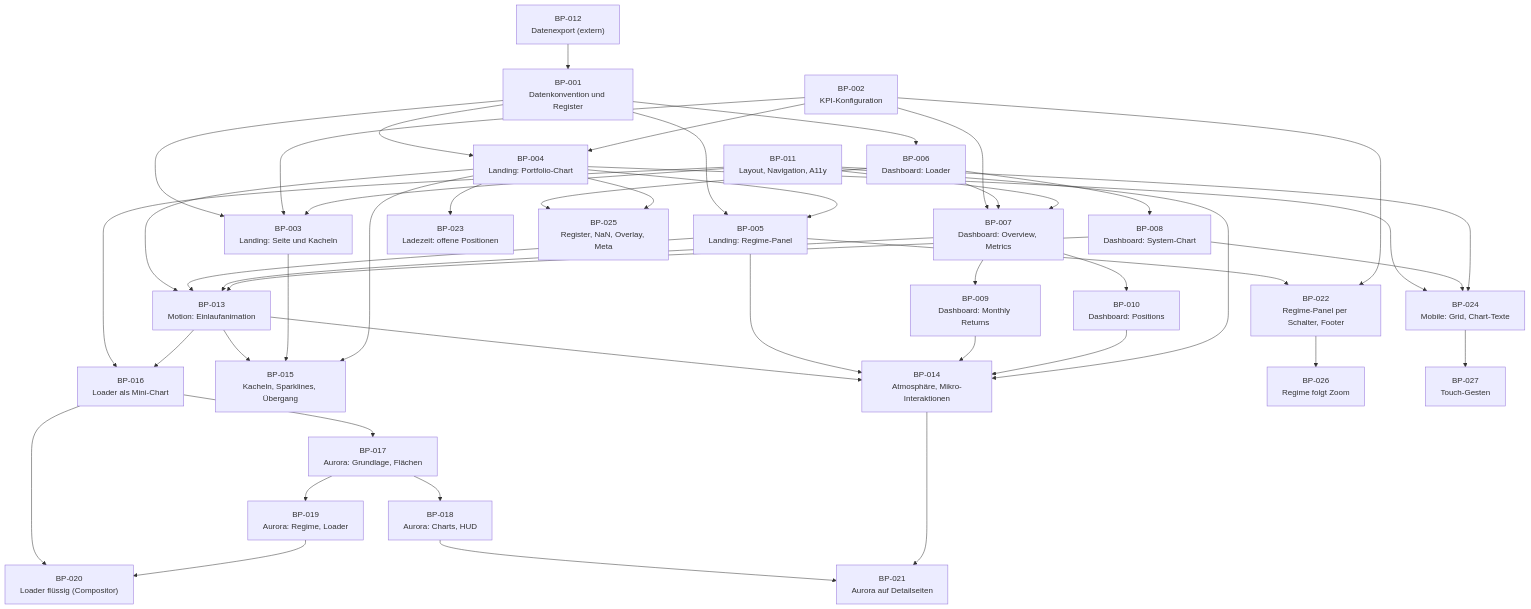
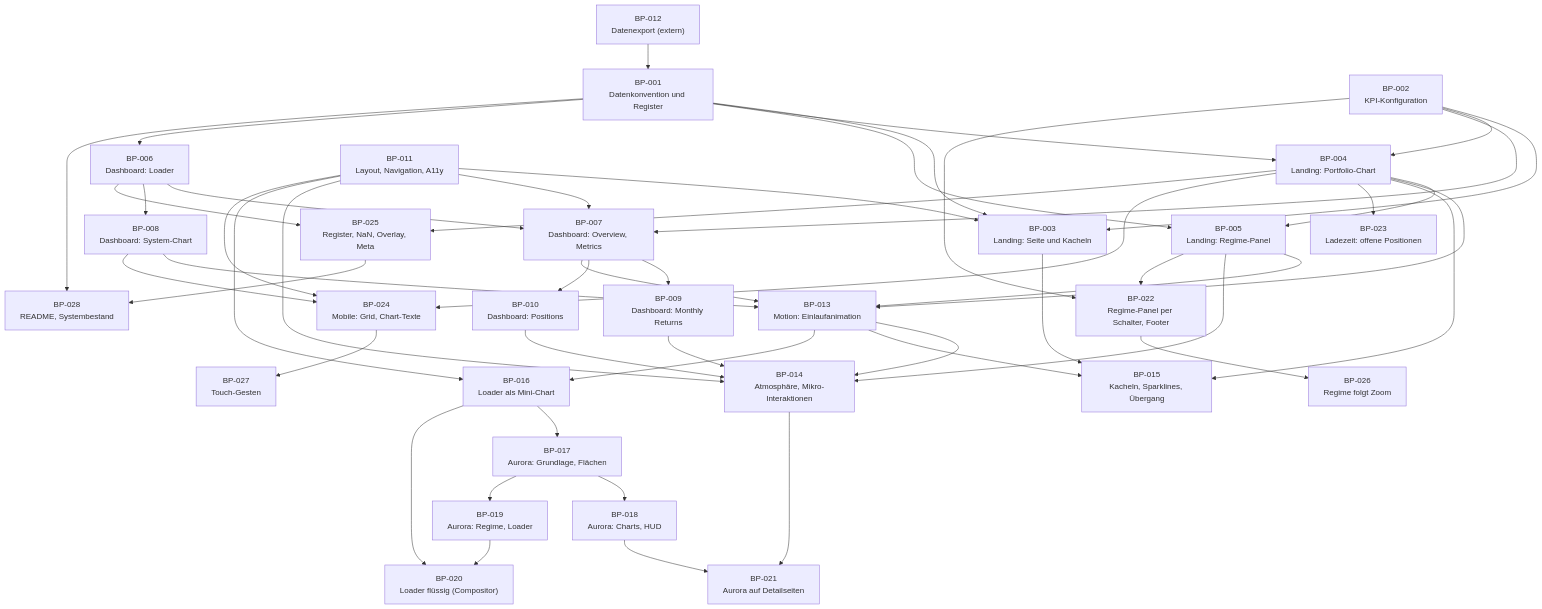
Before and after one commit to github-ascnet/WL-Trading-Systems-Overview: the diagram in docs/sdd/build_plan.md, drawn with Mermaid. The commit also changed other lines of this file and 5 other files, not shown here.

````diff
--- a/docs/sdd/build_plan.md
+++ b/docs/sdd/build_plan.md
@@ -44,77 +44,80 @@
 ```mermaid
 flowchart TD
     BP001["BP-001<br/>Datenkonvention und Register"]
     BP002["BP-002<br/>KPI-Konfiguration"]
     BP003["BP-003<br/>Landing: Seite und Kacheln"]
     BP004["BP-004<br/>Landing: Portfolio-Chart"]
     BP005["BP-005<br/>Landing: Regime-Panel"]
     BP006["BP-006<br/>Dashboard: Loader"]
     BP007["BP-007<br/>Dashboard: Overview, Metrics"]
     BP008["BP-008<br/>Dashboard: System-Chart"]
     BP009["BP-009<br/>Dashboard: Monthly Returns"]
     BP010["BP-010<br/>Dashboard: Positions"]
     BP011["BP-011<br/>Layout, Navigation, A11y"]
     BP012["BP-012<br/>Datenexport (extern)"]
     BP013["BP-013<br/>Motion: Einlaufanimation"]
     BP014["BP-014<br/>Atmosphäre, Mikro-Interaktionen"]
     BP015["BP-015<br/>Kacheln, Sparklines, Übergang"]
     BP016["BP-016<br/>Loader als Mini-Chart"]
     BP017["BP-017<br/>Aurora: Grundlage, Flächen"]
     BP018["BP-018<br/>Aurora: Charts, HUD"]
     BP019["BP-019<br/>Aurora: Regime, Loader"]
     BP020["BP-020<br/>Loader flüssig (Compositor)"]
     BP021["BP-021<br/>Aurora auf Detailseiten"]
     BP022["BP-022<br/>Regime-Panel per Schalter, Footer"]
     BP023["BP-023<br/>Ladezeit: offene Positionen"]
     BP024["BP-024<br/>Mobile: Grid, Chart-Texte"]
     BP025["BP-025<br/>Register, NaN, Overlay, Meta"]
     BP026["BP-026<br/>Regime folgt Zoom"]
     BP027["BP-027<br/>Touch-Gesten"]
+    BP028["BP-028<br/>README, Systembestand"]
 
     BP012 --> BP001
     BP001 --> BP003
     BP001 --> BP004
     BP001 --> BP005
     BP001 --> BP006
     BP002 --> BP003
     BP002 --> BP004
     BP002 --> BP007
     BP006 --> BP007
     BP007 --> BP009
     BP007 --> BP010
     BP006 --> BP008
     BP004 --> BP005
     BP011 --> BP003
     BP011 --> BP007
     BP004 --> BP013
     BP005 --> BP013
     BP007 --> BP013
     BP008 --> BP013
     BP013 --> BP014
     BP005 --> BP014
     BP009 --> BP014
     BP010 --> BP014
     BP011 --> BP014
     BP013 --> BP015
     BP003 --> BP015
     BP004 --> BP015
     BP011 --> BP016
     BP013 --> BP016
     BP016 --> BP017
     BP017 --> BP018
     BP017 --> BP019
     BP016 --> BP020
     BP019 --> BP020
     BP018 --> BP021
     BP014 --> BP021
     BP005 --> BP022
     BP002 --> BP022
     BP004 --> BP023
     BP004 --> BP024
     BP008 --> BP024
     BP011 --> BP024
     BP006 --> BP025
     BP004 --> BP025
     BP022 --> BP026
     BP024 --> BP027
+    BP001 --> BP028
+    BP025 --> BP028
 ```
````
